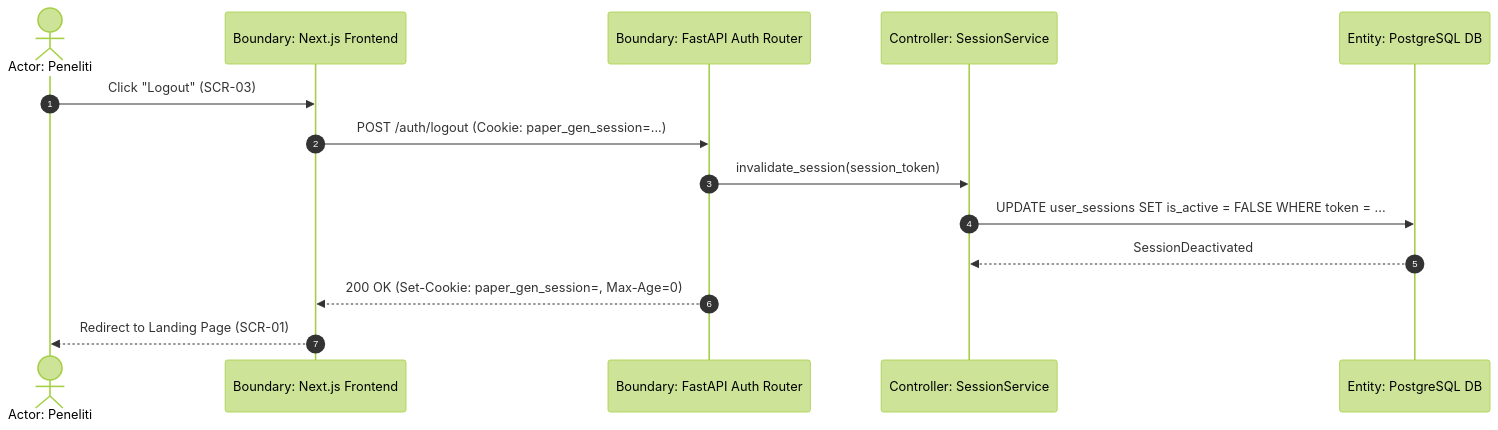
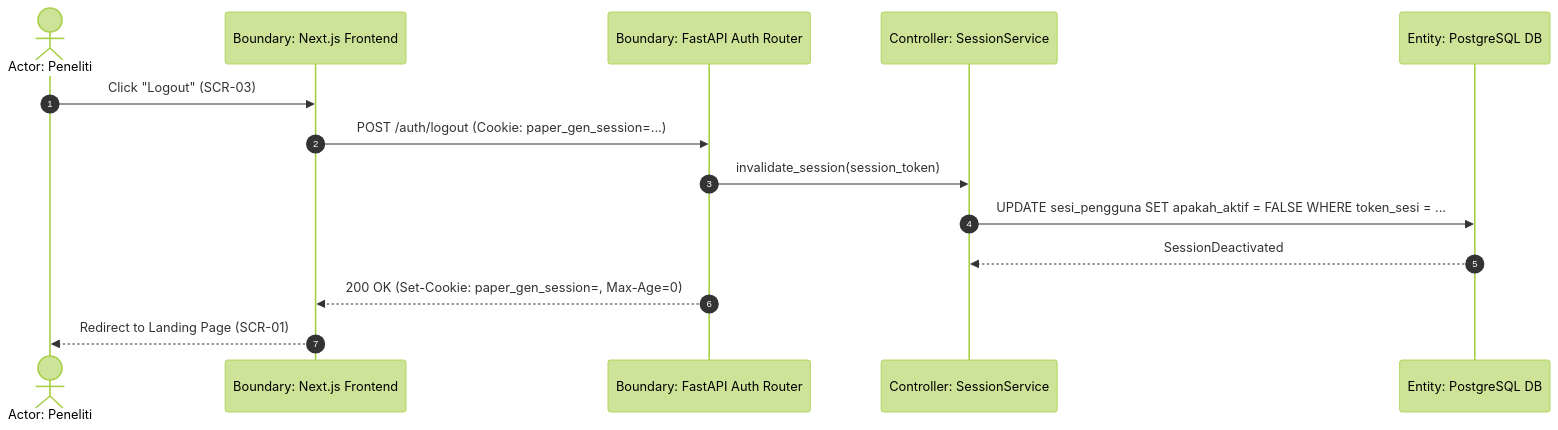
The fifth of 6 diagrams in specs/001-google-oauth-login/plan.md (Gzaa19/Telaah), drawn with Mermaid (forest theme) before and after one commit. The commit also changed other lines of this file and 15 other files, not shown here.

````diff
--- a/specs/001-google-oauth-login/plan.md
+++ b/specs/001-google-oauth-login/plan.md
@@ -235,17 +235,17 @@
 ```mermaid
 sequenceDiagram
     autonumber
     actor User as Actor: Peneliti
     participant NextJS as Boundary: Next.js Frontend
     participant FastAPI as Boundary: FastAPI Auth Router
     participant SessSvc as Controller: SessionService
     participant DB as Entity: PostgreSQL DB
 
     User->>NextJS: Click "Logout" (SCR-03)
     NextJS->>FastAPI: POST /auth/logout (Cookie: paper_gen_session=...)
     FastAPI->>SessSvc: invalidate_session(session_token)
-    SessSvc->>DB: UPDATE user_sessions SET is_active = FALSE WHERE token = ...
+    SessSvc->>DB: UPDATE sesi_pengguna SET apakah_aktif = FALSE WHERE token_sesi = ...
     DB-->>SessSvc: SessionDeactivated
     FastAPI-->>NextJS: 200 OK (Set-Cookie: paper_gen_session=, Max-Age=0)
     NextJS-->>User: Redirect to Landing Page (SCR-01)
 ```
````
